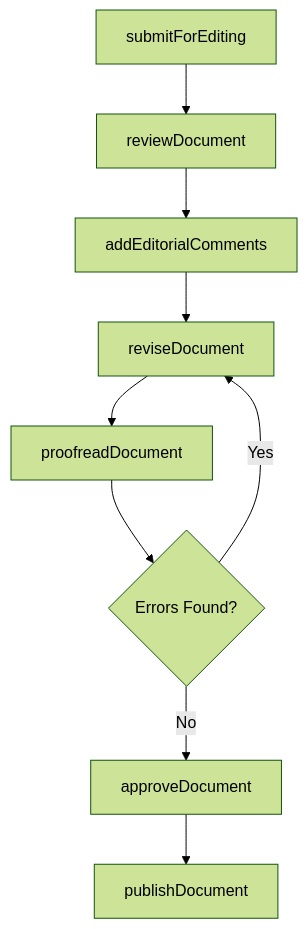
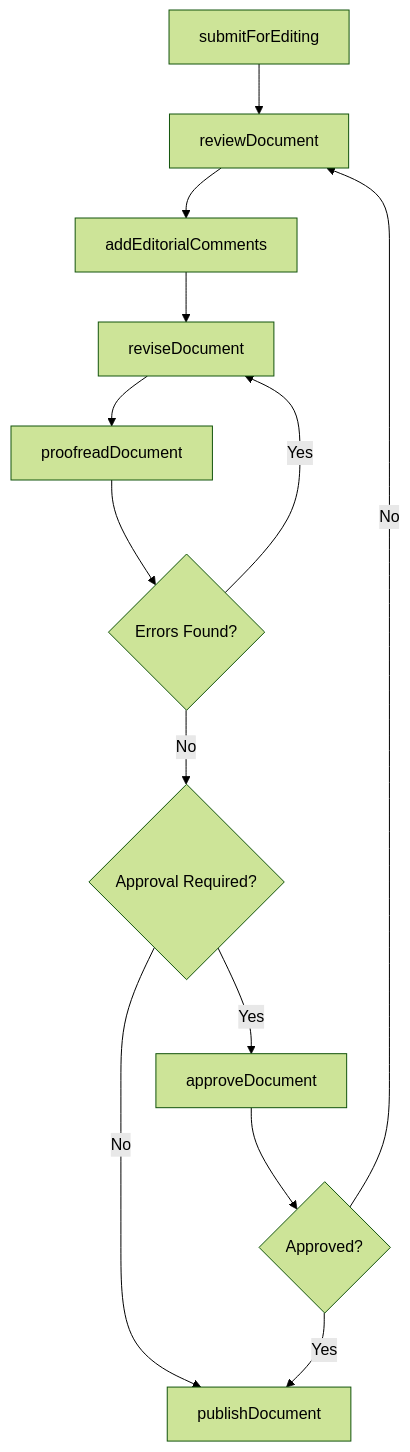
One commit to dot-org-ai/tasks.org.ai changed the third of 4 diagrams in MakingDecisionsAndSolvingProblems/EditWrittenMaterialsOrDocuments/EditDocuments.mdx. Above: the diagram before and after it, drawn with Mermaid (forest theme). The commit also changed other lines of this file and 266 other files, not shown here.

First line of the commit message:
feat: Add ER diagrams, state diagrams to wave 2 batch (251 DWA files)

````diff
--- a/MakingDecisionsAndSolvingProblems/EditWrittenMaterialsOrDocuments/EditDocuments.mdx
+++ b/MakingDecisionsAndSolvingProblems/EditWrittenMaterialsOrDocuments/EditDocuments.mdx
@@ -86,11 +115,15 @@
 ```mermaid
 graph TD
     A[submitForEditing] --> B[reviewDocument]
     B --> C[addEditorialComments]
     C --> D[reviseDocument]
     D --> E[proofreadDocument]
     E --> F{Errors Found?}
     F -->|Yes| D
-    F -->|No| G[approveDocument]
-    G --> H[publishDocument]
+    F -->|No| G{Approval Required?}
+    G -->|Yes| H[approveDocument]
+    G -->|No| I[publishDocument]
+    H --> J{Approved?}
+    J -->|No| B
+    J -->|Yes| I
 ```
````
